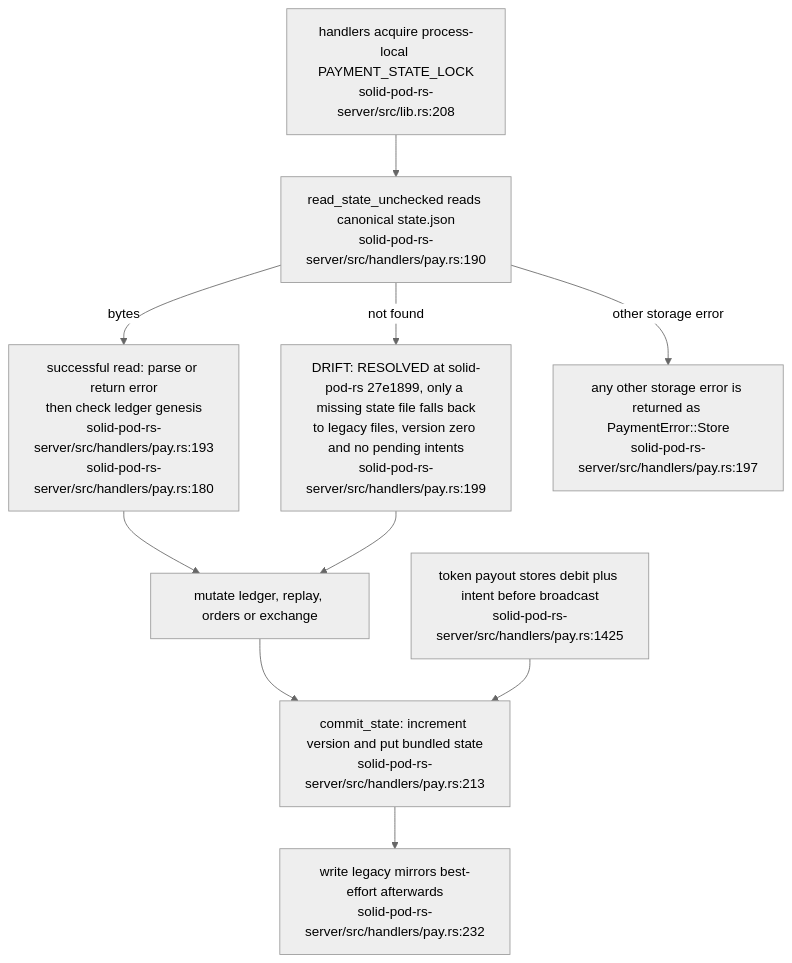
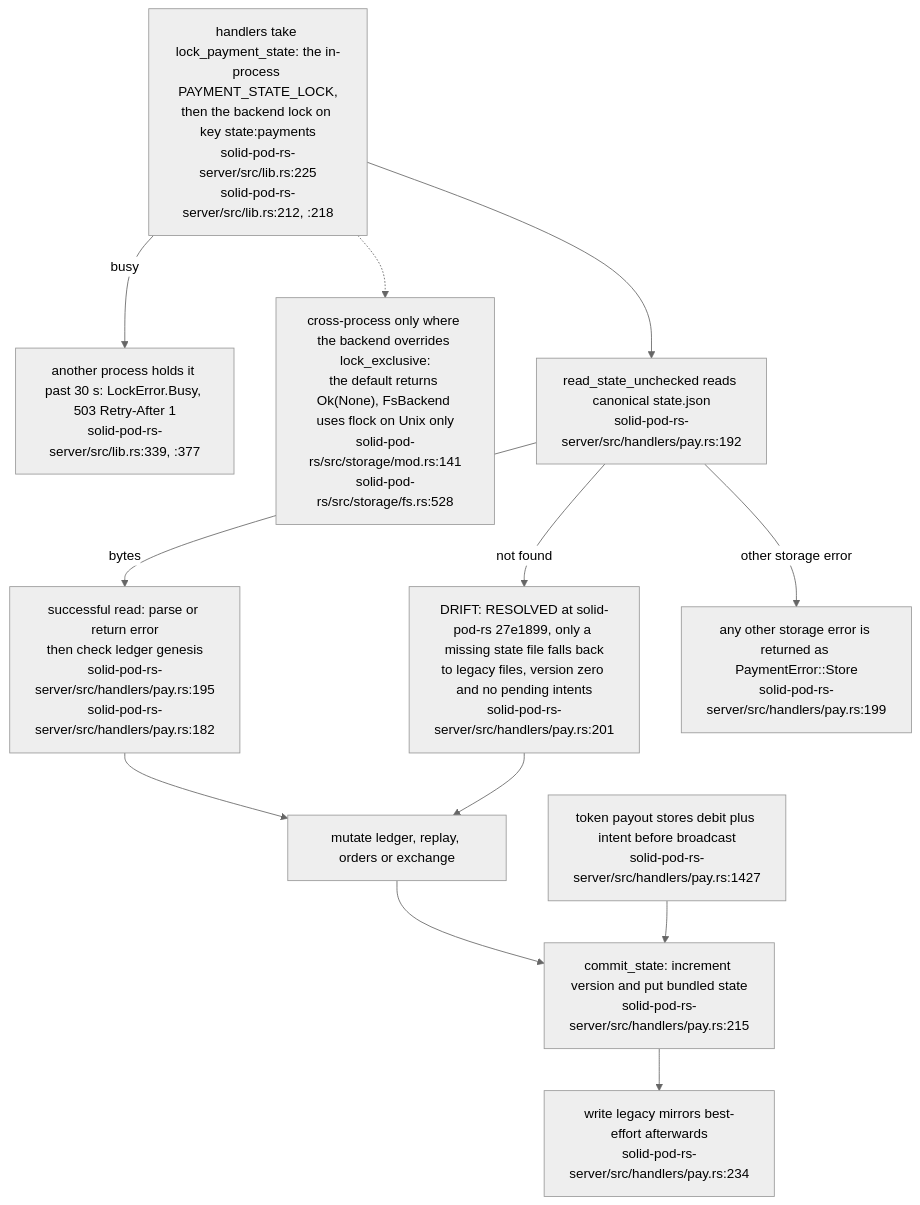
Before and after one commit to DreamLab-AI/VisionFlow: diagram 14 of 19 in docs/diagrams/solid-pod-rs/07-provenance-and-payments.md, drawn with Mermaid (neutral theme). The commit also changed other lines of this file and 2 other files, not shown here.

First line of the commit message:
docs(diagrams): SP-07, SP-10, SP-15 re-verified at solid-pod-rs a28a748

````diff
--- a/docs/diagrams/solid-pod-rs/07-provenance-and-payments.md
+++ b/docs/diagrams/solid-pod-rs/07-provenance-and-payments.md
@@ -407,18 +409,22 @@
 ```mermaid
 flowchart TD
-    LOCK["handlers acquire process-local PAYMENT_STATE_LOCK<br/>solid-pod-rs-server/src/lib.rs:208"]
-    READ["read_state_unchecked reads canonical state.json<br/>solid-pod-rs-server/src/handlers/pay.rs:190"]
-    PARSE["successful read: parse or return error<br/>then check ledger genesis<br/>solid-pod-rs-server/src/handlers/pay.rs:193<br/>solid-pod-rs-server/src/handlers/pay.rs:180"]
-    FALL["DRIFT: RESOLVED at solid-pod-rs 27e1899, only a missing state file falls back<br/>to legacy files, version zero and no pending intents<br/>solid-pod-rs-server/src/handlers/pay.rs:199"]
-    ERR["any other storage error is returned as PaymentError::Store<br/>solid-pod-rs-server/src/handlers/pay.rs:197"]
+    LOCK["handlers take lock_payment_state: the in-process PAYMENT_STATE_LOCK,<br/>then the backend lock on key state:payments<br/>solid-pod-rs-server/src/lib.rs:225<br/>solid-pod-rs-server/src/lib.rs:212, :218"]
+    BUSY["another process holds it past 30 s: LockError.Busy, 503 Retry-After 1<br/>solid-pod-rs-server/src/lib.rs:339, :377"]
+    XPROC["cross-process only where the backend overrides lock_exclusive:<br/>the default returns Ok(None), FsBackend uses flock on Unix only<br/>solid-pod-rs/src/storage/mod.rs:141<br/>solid-pod-rs/src/storage/fs.rs:528"]
+    READ["read_state_unchecked reads canonical state.json<br/>solid-pod-rs-server/src/handlers/pay.rs:192"]
+    PARSE["successful read: parse or return error<br/>then check ledger genesis<br/>solid-pod-rs-server/src/handlers/pay.rs:195<br/>solid-pod-rs-server/src/handlers/pay.rs:182"]
+    FALL["DRIFT: RESOLVED at solid-pod-rs 27e1899, only a missing state file falls back<br/>to legacy files, version zero and no pending intents<br/>solid-pod-rs-server/src/handlers/pay.rs:201"]
+    ERR["any other storage error is returned as PaymentError::Store<br/>solid-pod-rs-server/src/handlers/pay.rs:199"]
     MUTATE["mutate ledger, replay, orders or exchange"]
-    SAVE["commit_state: increment version and put bundled state<br/>solid-pod-rs-server/src/handlers/pay.rs:213"]
-    MIRROR["write legacy mirrors best-effort afterwards<br/>solid-pod-rs-server/src/handlers/pay.rs:232"]
-    INTENT["token payout stores debit plus intent before broadcast<br/>solid-pod-rs-server/src/handlers/pay.rs:1425"]
+    SAVE["commit_state: increment version and put bundled state<br/>solid-pod-rs-server/src/handlers/pay.rs:215"]
+    MIRROR["write legacy mirrors best-effort afterwards<br/>solid-pod-rs-server/src/handlers/pay.rs:234"]
+    INTENT["token payout stores debit plus intent before broadcast<br/>solid-pod-rs-server/src/handlers/pay.rs:1427"]
     LOCK --> READ
+    LOCK -- busy --> BUSY
+    LOCK -.-> XPROC
     READ -- bytes --> PARSE --> MUTATE
     READ -- not found --> FALL --> MUTATE
     READ -- other storage error --> ERR
     MUTATE --> SAVE --> MIRROR
     INTENT --> SAVE
 ```
````
